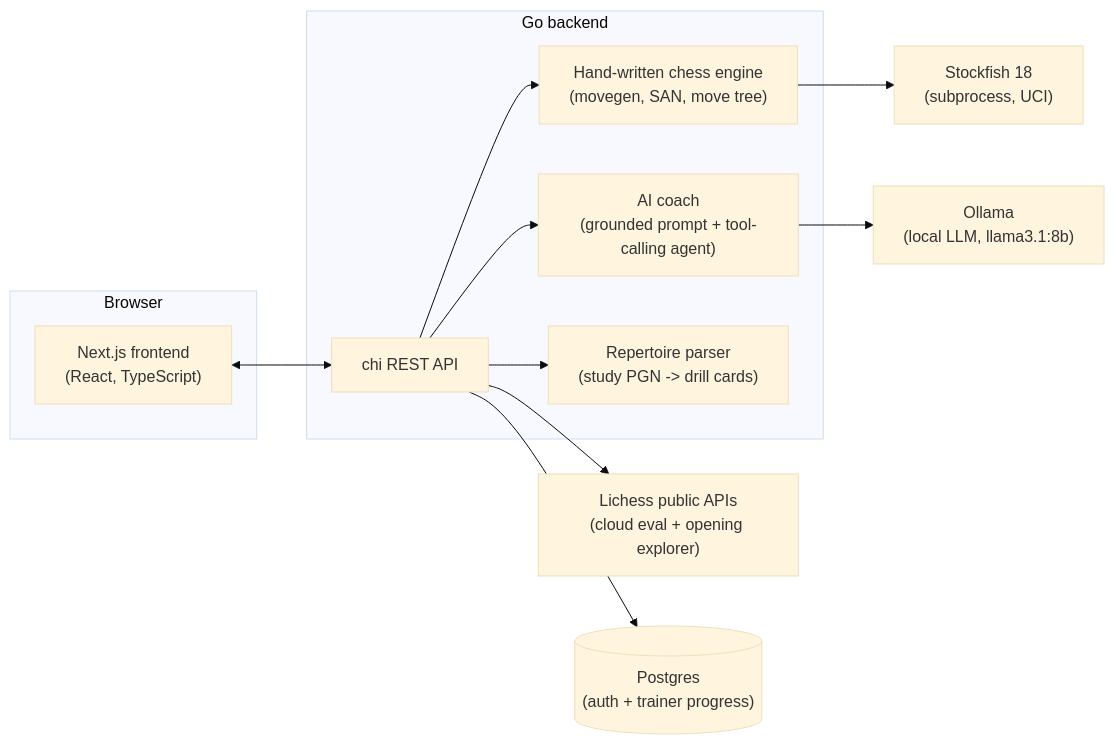
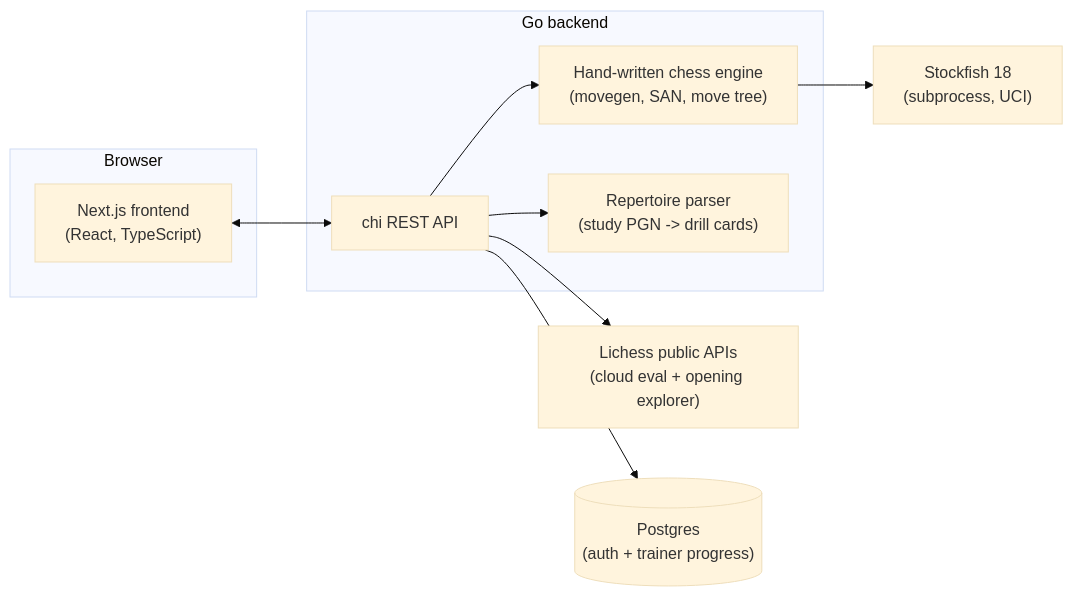
Before and after one commit to vuphan121/chesslab: the diagram in README.md, drawn with Mermaid (base theme). The commit also changed other lines of this file and 38 other files, not shown here.

````diff
--- a/README.md
+++ b/README.md
@@ -141,27 +108,23 @@
 ```mermaid
 flowchart LR
     subgraph Browser
         FE["Next.js frontend<br/>(React, TypeScript)"]
     end
 
     subgraph Server["Go backend"]
         API["chi REST API"]
         ENGINE["Hand-written chess engine<br/>(movegen, SAN, move tree)"]
-        COACH["AI coach<br/>(grounded prompt + tool-calling agent)"]
         REP["Repertoire parser<br/>(study PGN -> drill cards)"]
     end
 
     SF["Stockfish 18<br/>(subprocess, UCI)"]
     LICHESS["Lichess public APIs<br/>(cloud eval + opening explorer)"]
-    OLLAMA["Ollama<br/>(local LLM, llama3.1:8b)"]
     PG[("Postgres<br/>(auth + trainer progress)")]
 
     FE <--> API
     API --> ENGINE
-    API --> COACH
     API --> REP
     ENGINE --> SF
     API --> LICHESS
-    COACH --> OLLAMA
     API --> PG
 ```
````
